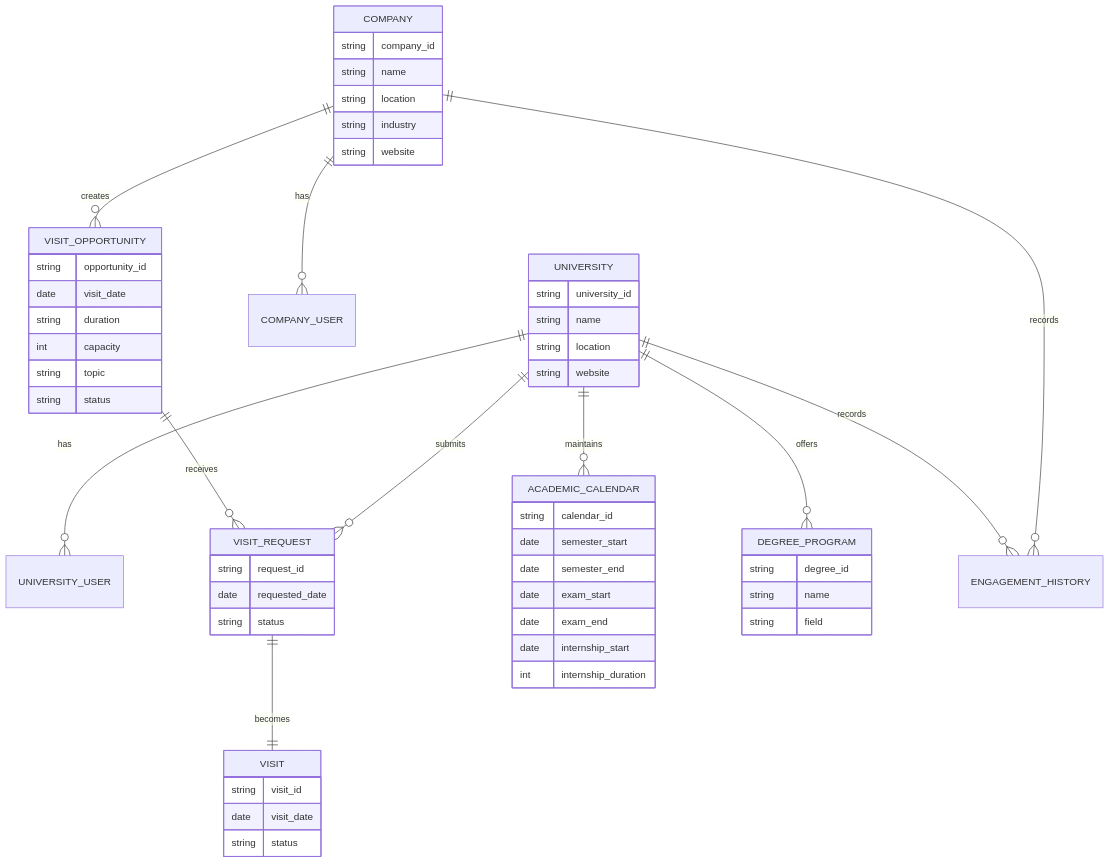
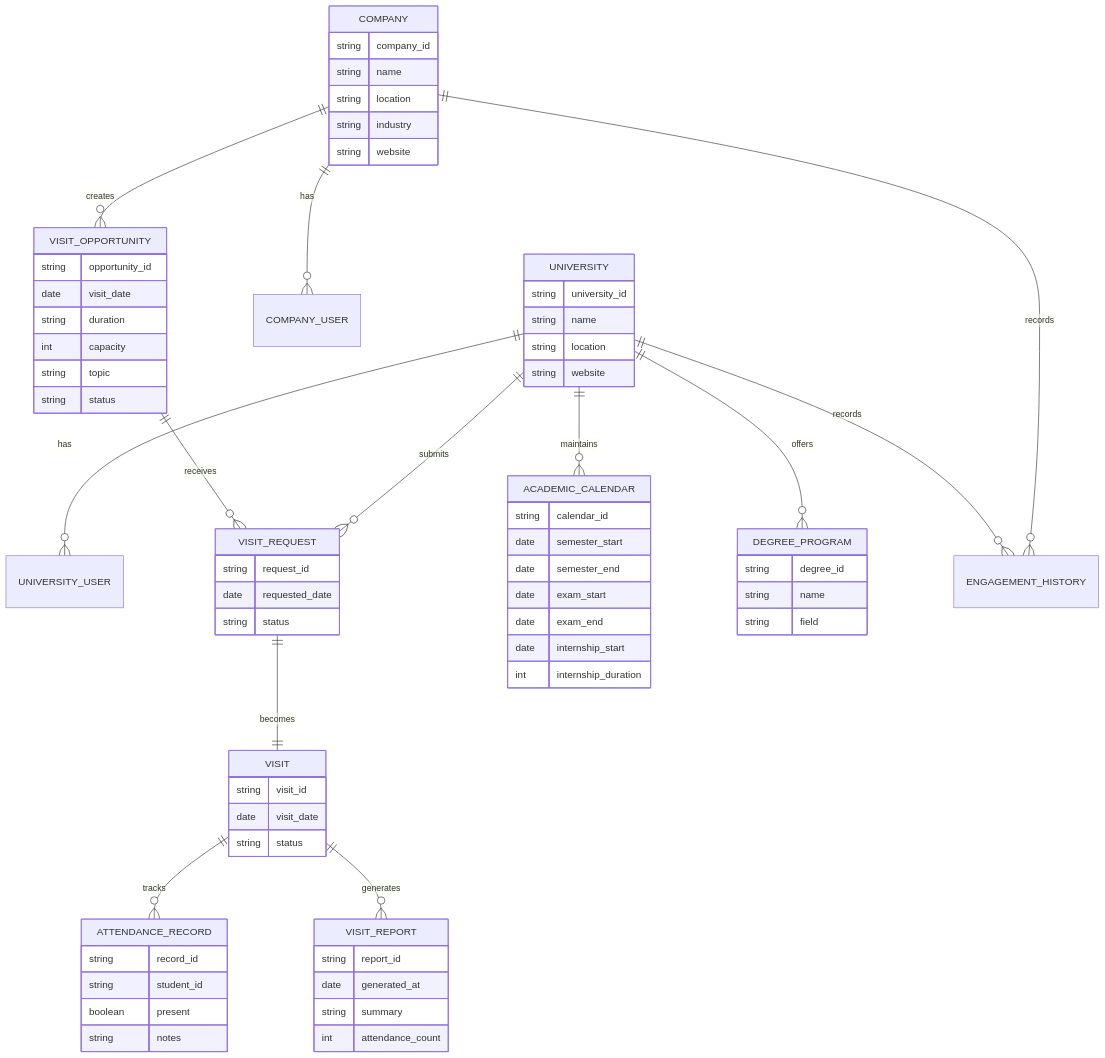
One commit to WijAnushka02/INDUSTRYxlink changed the fourth of 4 diagrams in README.md. Above: the diagram before and after it, drawn with Mermaid. The commit also changed other lines of this file, not shown here.

Commit message:
docs: update README with multi-agent architecture

````diff
--- a/README.md
+++ b/README.md
@@ -490,6 +473,9 @@
 
     COMPANY ||--o{ ENGAGEMENT_HISTORY : records
     UNIVERSITY ||--o{ ENGAGEMENT_HISTORY : records
+
+    VISIT ||--o{ ATTENDANCE_RECORD : tracks
+    VISIT ||--o{ VISIT_REPORT : generates
 
     UNIVERSITY {
         string university_id
@@ -542,4 +528,18 @@
         date visit_date
         string status
     }
+
+    ATTENDANCE_RECORD {
+        string record_id
+        string student_id
+        boolean present
+        string notes
+    }
+
+    VISIT_REPORT {
+        string report_id
+        date generated_at
+        string summary
+        int attendance_count
+    }
 ```
````
